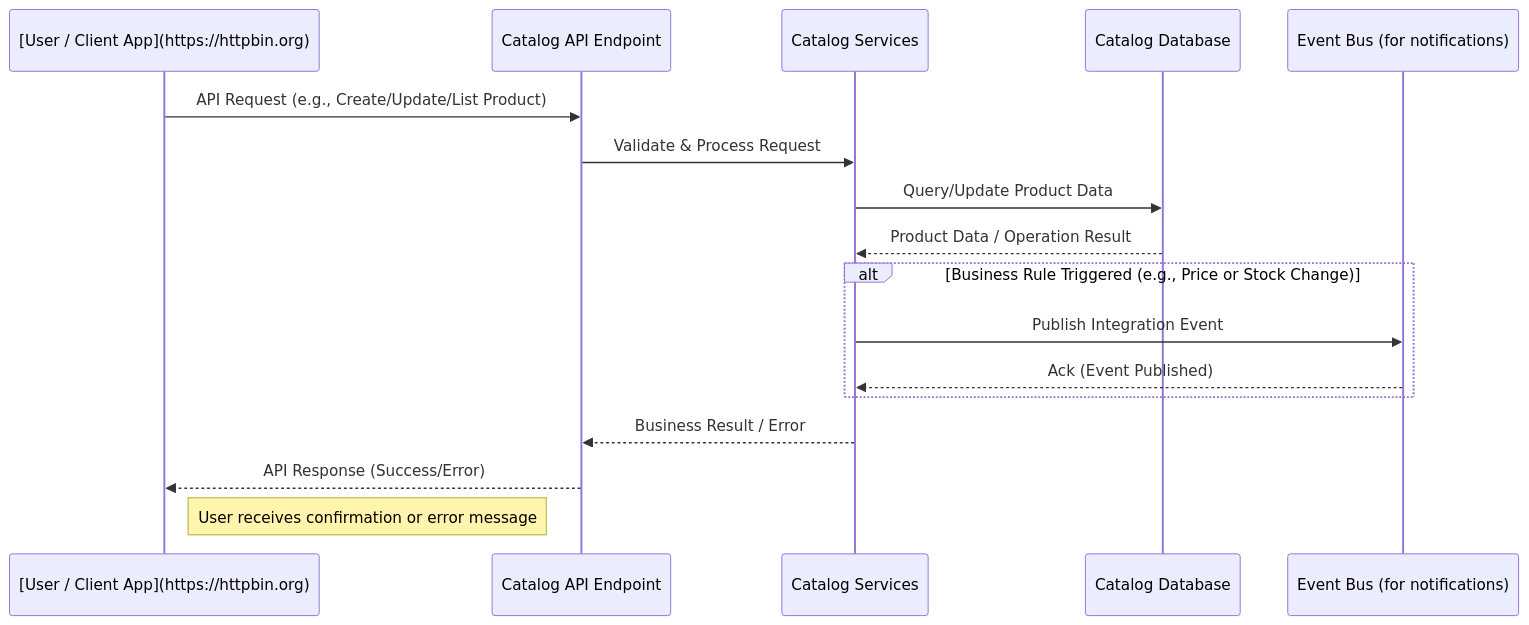
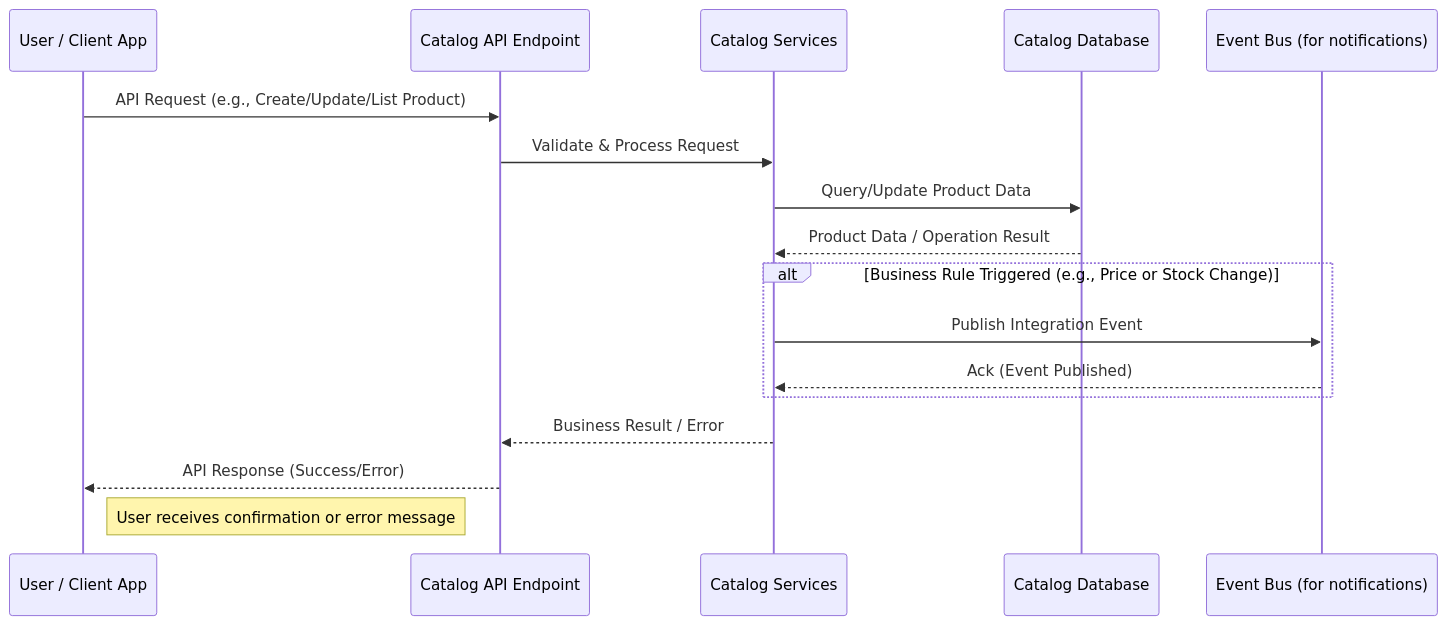
Before and after one commit to akhileshap9/automated-doc-poc-repo: the first of 2 diagrams in src/Catalog.API/FeatureDetails.md, drawn with Mermaid.

````diff
--- a/src/Catalog.API/FeatureDetails.md
+++ b/src/Catalog.API/FeatureDetails.md
@@ -24,20 +24,20 @@
 ```mermaid
 sequenceDiagram
-    participant User as [User / Client App](https://httpbin.org)
+    participant User as User / Client App
     participant CatalogAPI as Catalog API Endpoint
     participant CatalogServices as Catalog Services
     participant DB as Catalog Database
     participant EventBus as Event Bus (for notifications)
-
+    link CatalogAPI: https://github.com/akhileshap9/automated-doc-poc-repo/blob/main/src/Catalog.API/Apis/CatalogApi.cs
     User->>CatalogAPI: API Request (e.g., Create/Update/List Product)
     CatalogAPI->>CatalogServices: Validate & Process Request
     CatalogServices->>DB: Query/Update Product Data
     DB-->>CatalogServices: Product Data / Operation Result
     alt Business Rule Triggered (e.g., Price or Stock Change)
         CatalogServices->>EventBus: Publish Integration Event
         EventBus-->>CatalogServices: Ack (Event Published)
     end
     CatalogServices-->>CatalogAPI: Business Result / Error
     CatalogAPI-->>User: API Response (Success/Error)
     Note right of User: User receives confirmation or error message
 ```
````
